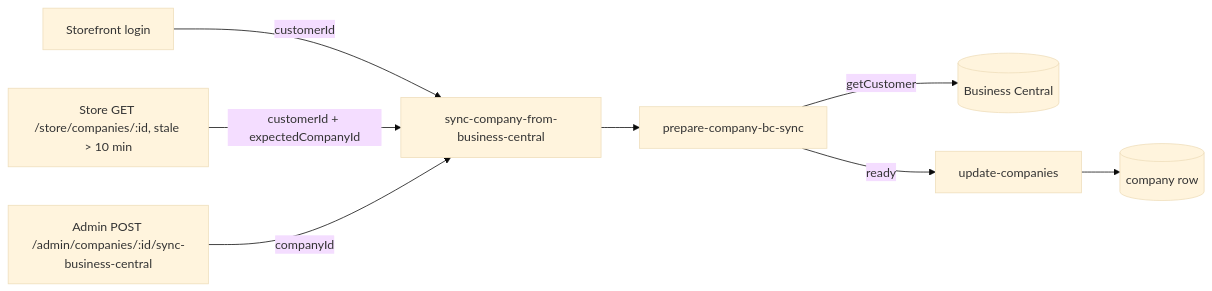
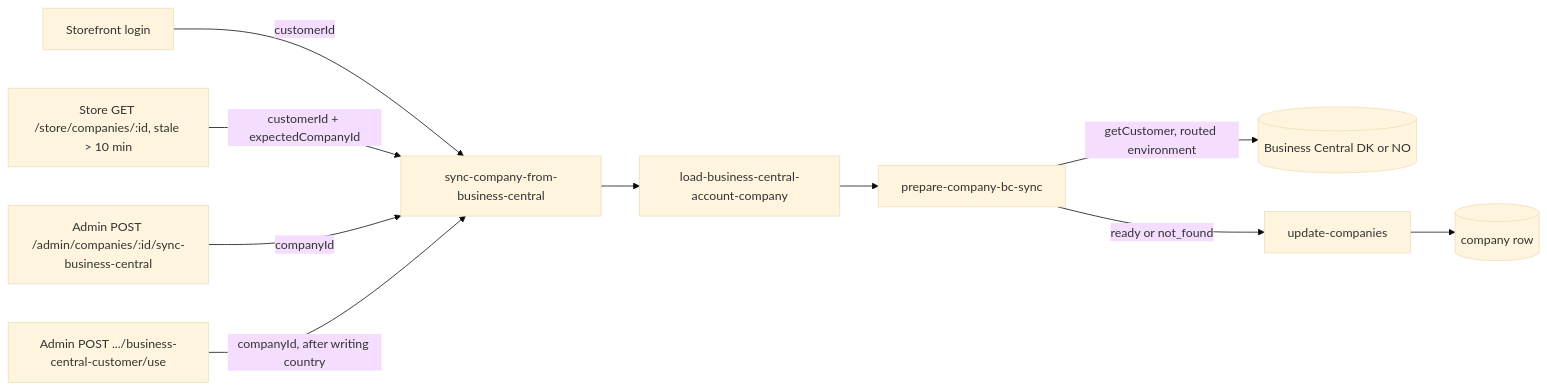
Before and after one commit to AlphaSolutionsA-S/nimbusnordic-medusab2b: the diagram in docs/architecture/business-central-company-sync.md, drawn with Mermaid (base theme). The commit also changed other lines of this file and 6 other files, not shown here.

Commit message:
NIMBUS-261: Document Norwegian Business Central routing

````diff
--- a/docs/architecture/business-central-company-sync.md
+++ b/docs/architecture/business-central-company-sync.md
@@ -48,9 +67,11 @@
 ```mermaid
 flowchart LR
   L[Storefront login] -->|customerId| W
   F[Store GET /store/companies/:id, stale > 10 min] -->|customerId + expectedCompanyId| W
   A[Admin POST /admin/companies/:id/sync-business-central] -->|companyId| W
-  W[sync-company-from-business-central] --> P[prepare-company-bc-sync]
-  P -->|getCustomer| BC[(Business Central)]
-  P -->|ready| U[update-companies] --> DB[(company row)]
+  U[Admin POST .../business-central-customer/use] -->|companyId, after writing country| W
+  W[sync-company-from-business-central] --> C[load-business-central-account-company]
+  C --> P[prepare-company-bc-sync]
+  P -->|getCustomer, routed environment| BC[(Business Central DK or NO)]
+  P -->|ready or not_found| UP[update-companies] --> DB[(company row)]
 ```
````
